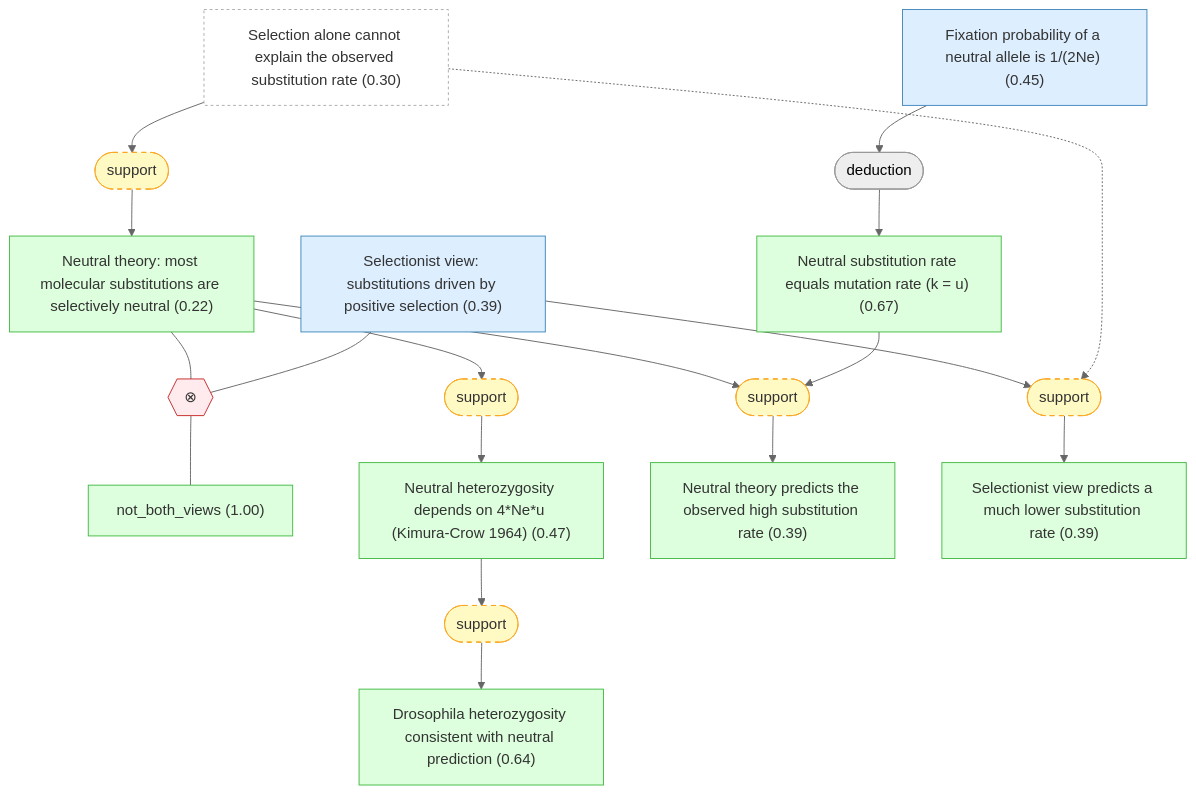
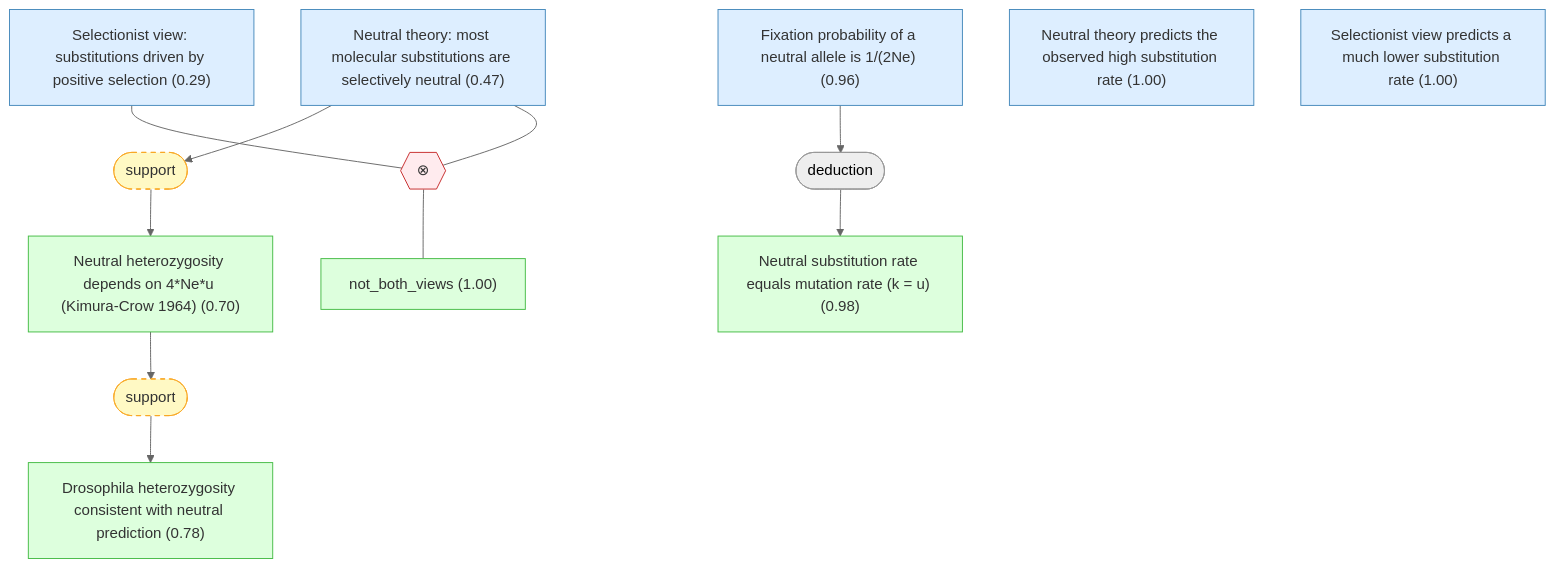
Before and after one commit to kunyuan/kimura-neutral-theory-gaia: the third of 5 diagrams in docs/detailed-reasoning.md, drawn with Mermaid (neutral theme). The commit also changed other lines of this file and 41 other files, not shown here.

````diff
--- a/docs/detailed-reasoning.md
+++ b/docs/detailed-reasoning.md
@@ -242,47 +234,35 @@
 ```mermaid
 graph TD
-    selection_cannot_explain_rate["Selection alone cannot explain the observed substitution rate (0.30)"]:::external
-    neutral_theory_hypothesis["Neutral theory: most molecular substitutions are selectively neutral (0.22)"]:::derived
-    selectionist_view["Selectionist view: substitutions driven by positive selection (0.39)"]:::premise
+    neutral_theory_hypothesis["Neutral theory: most molecular substitutions are selectively neutral (0.47)"]:::premise
+    selectionist_view["Selectionist view: substitutions driven by positive selection (0.29)"]:::premise
     not_both_views["not_both_views (1.00)"]:::derived
-    neutral_substitution_formula["Neutral substitution rate equals mutation rate (k = u) (0.67)"]:::derived
-    neutral_fixation_probability["Fixation probability of a neutral allele is 1/(2Ne) (0.45)"]:::premise
-    heterozygosity_formula["Neutral heterozygosity depends on 4#ast;Ne#ast;u (Kimura-Crow 1964) (0.47)"]:::derived
-    drosophila_heterozygosity["Drosophila heterozygosity consistent with neutral prediction (0.64)"]:::derived
-    neutral_predicts_rate["Neutral theory predicts the observed high substitution rate (0.39)"]:::derived
-    selectionist_predicts_rate["Selectionist view predicts a much lower substitution rate (0.39)"]:::derived
+    neutral_substitution_formula["Neutral substitution rate equals mutation rate (k = u) (0.98)"]:::derived
+    neutral_fixation_probability["Fixation probability of a neutral allele is 1/(2Ne) (0.96)"]:::premise
+    heterozygosity_formula["Neutral heterozygosity depends on 4#ast;Ne#ast;u (Kimura-Crow 1964) (0.70)"]:::derived
+    drosophila_heterozygosity["Drosophila heterozygosity consistent with neutral prediction (0.78)"]:::derived
+    neutral_predicts_rate["Neutral theory predicts the observed high substitution rate (1.00)"]:::premise
+    selectionist_predicts_rate["Selectionist view predicts a much lower substitution rate (1.00)"]:::premise
+    strat_7(["deduction"])
+    neutral_fixation_probability --> strat_7
+    strat_7 --> neutral_substitution_formula
     strat_8(["support"]):::weak
-    selection_cannot_explain_rate --> strat_8
-    strat_8 --> neutral_theory_hypothesis
-    strat_9(["deduction"])
-    neutral_fixation_probability --> strat_9
-    strat_9 --> neutral_substitution_formula
-    strat_10(["support"]):::weak
-    neutral_theory_hypothesis --> strat_10
-    strat_10 --> heterozygosity_formula
-    strat_11(["support"]):::weak
-    heterozygosity_formula --> strat_11
-    strat_11 --> drosophila_heterozygosity
-    strat_12(["support"]):::weak
-    neutral_theory_hypothesis --> strat_12
-    neutral_substitution_formula --> strat_12
-    strat_12 --> neutral_predicts_rate
-    strat_13(["support"]):::weak
-    selectionist_view --> strat_13
-    selection_cannot_explain_rate -.-> strat_13
-    strat_13 --> selectionist_predicts_rate
+    neutral_theory_hypothesis --> strat_8
+    strat_8 --> heterozygosity_formula
+    strat_9(["support"]):::weak
+    heterozygosity_formula --> strat_9
+    strat_9 --> drosophila_heterozygosity
     oper_0{{"⊗"}}:::contra
     neutral_theory_hypothesis --- oper_0
     selectionist_view --- oper_0
     oper_0 --- not_both_views
 
     classDef setting fill:#f0f0f0,stroke:#999,color:#333
     classDef premise fill:#ddeeff,stroke:#4488bb,color:#333
     classDef derived fill:#ddffdd,stroke:#44bb44,color:#333
     classDef question fill:#fff3dd,stroke:#cc9944,color:#333
     classDef background fill:#f5f5f5,stroke:#bbb,stroke-dasharray: 5 5,color:#333
     classDef orphan fill:#fff,stroke:#ccc,stroke-dasharray: 5 5,color:#333
     classDef external fill:#fff,stroke:#aaa,stroke-dasharray: 3 3,color:#333
     classDef weak fill:#fff9c4,stroke:#f9a825,stroke-dasharray: 5 5,color:#333
     classDef contra fill:#ffebee,stroke:#c62828,color:#333
 ```
````
